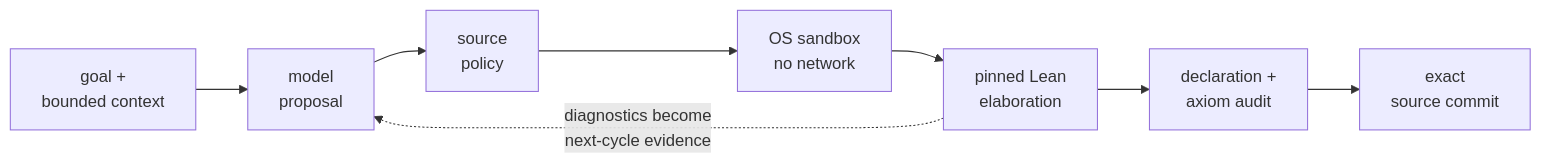
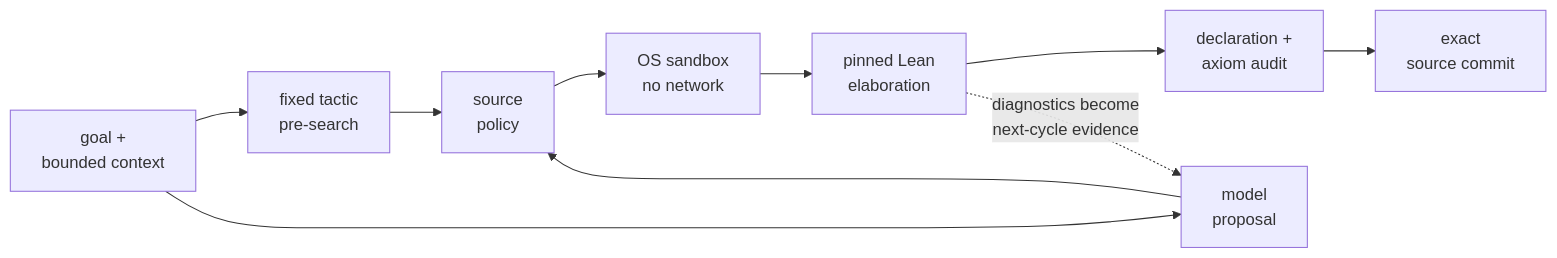
One commit to LeonardAukea/autolean changed the diagram in README.md. Above: the diagram before and after it, drawn with Mermaid. The commit also changed other lines of this file and 2 other files, not shown here.

````diff
--- a/README.md
+++ b/README.md
@@ -103,10 +108,12 @@
 ```mermaid
 flowchart LR
-    goal["goal +<br/>bounded context"] --> model["model<br/>proposal"]
-    model --> policy["source<br/>policy"]
+    goal["goal +<br/>bounded context"] --> tactics["fixed tactic<br/>pre-search"]
+    goal --> model["model<br/>proposal"]
+    tactics --> policy["source<br/>policy"]
+    model --> policy
     policy --> sandbox["OS sandbox<br/>no network"]
     sandbox --> lean["pinned Lean<br/>elaboration"]
     lean --> audit["declaration +<br/>axiom audit"]
     audit --> commit["exact<br/>source commit"]
     lean -. "diagnostics become<br/>next-cycle evidence" .-> model
 ```
````
